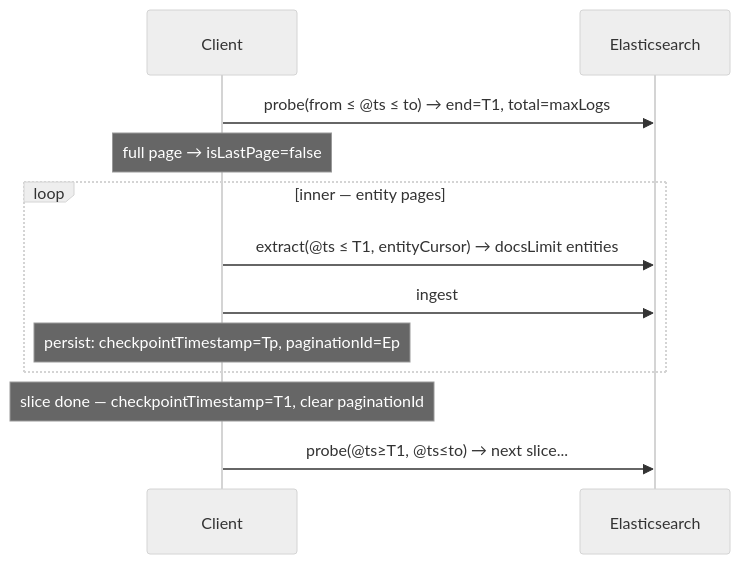
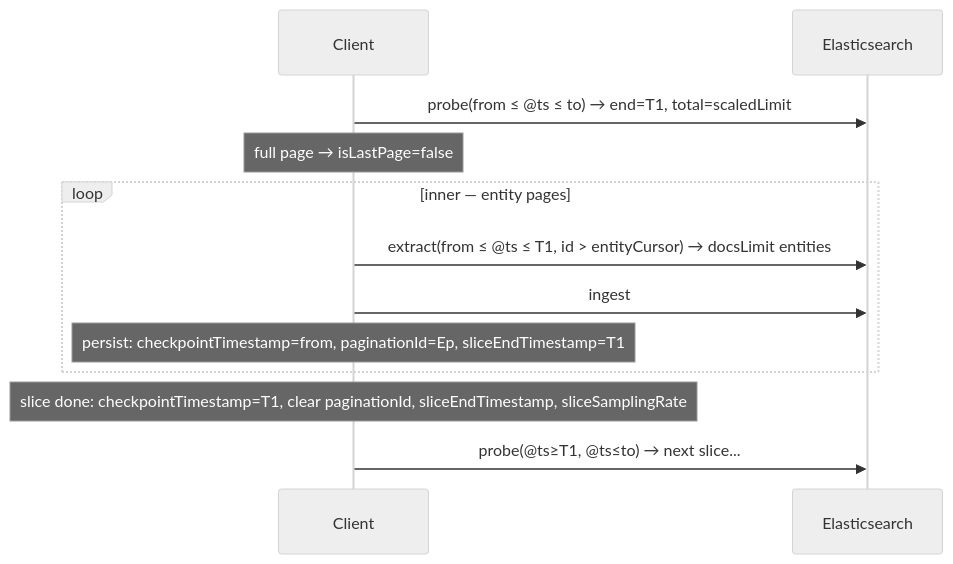
One commit to codacy-open-source-projects-scans/kibana changed the third of 8 diagrams in x-pack/platform/plugins/shared/entity_store/server/domain/logs_extraction/PAGINATION.md. Above: the diagram before and after it, drawn with Mermaid (neutral theme). The commit also changed other lines of this file and 8101 other files, not shown here.

````diff
--- a/x-pack/platform/plugins/shared/entity_store/server/domain/logs_extraction/PAGINATION.md
+++ b/x-pack/platform/plugins/shared/entity_store/server/domain/logs_extraction/PAGINATION.md
@@ -78,17 +84,17 @@
 ```mermaid
 sequenceDiagram
     participant C as Client
     participant ES as Elasticsearch
 
-    C->>ES: probe(from ≤ @ts ≤ to) → end=T1, total=maxLogs
+    C->>ES: probe(from ≤ @ts ≤ to) → end=T1, total=scaledLimit
     Note over C: full page → isLastPage=false
 
     loop inner — entity pages
-        C->>ES: extract(@ts ≤ T1, entityCursor) → docsLimit entities
+        C->>ES: extract(from ≤ @ts ≤ T1, id > entityCursor) → docsLimit entities
         C->>ES: ingest
-        Note over C: persist: checkpointTimestamp=Tp, paginationId=Ep
+        Note over C: persist: checkpointTimestamp=from, paginationId=Ep, sliceEndTimestamp=T1
     end
 
-    Note over C: slice done — checkpointTimestamp=T1, clear paginationId
+    Note over C: slice done: checkpointTimestamp=T1, clear paginationId, sliceEndTimestamp, sliceSamplingRate
     C->>ES: probe(@ts≥T1, @ts≤to) → next slice...
 ```
````
